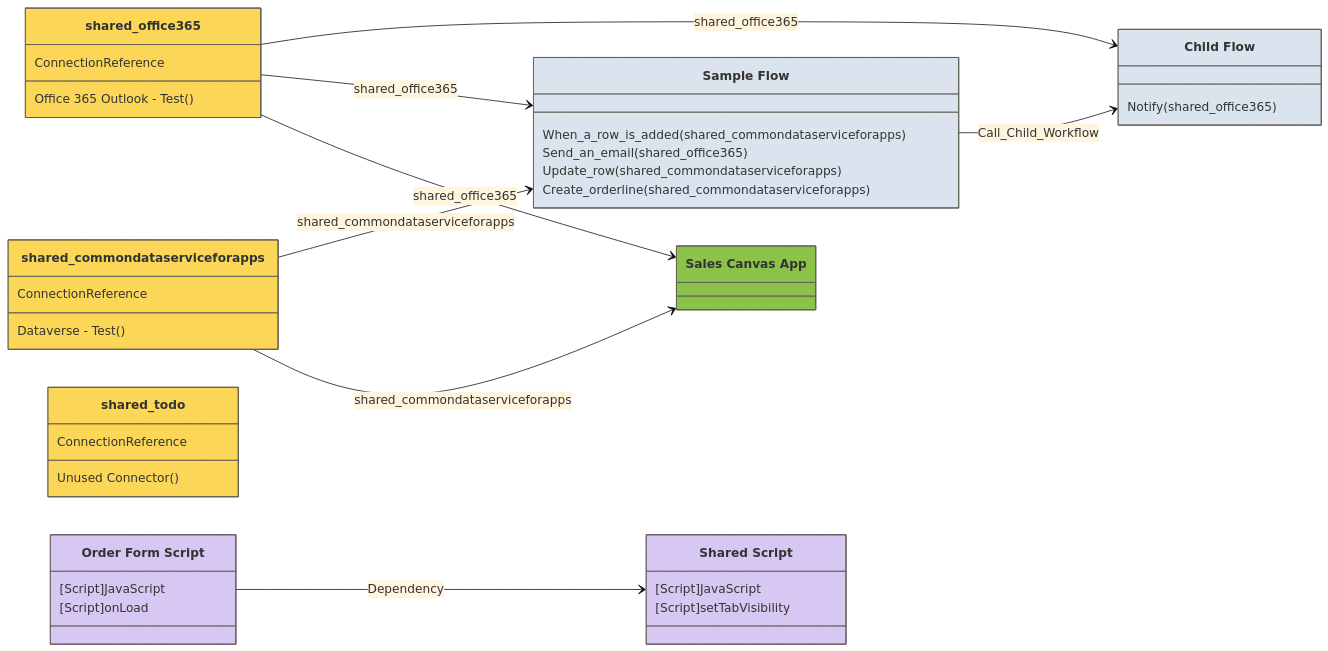
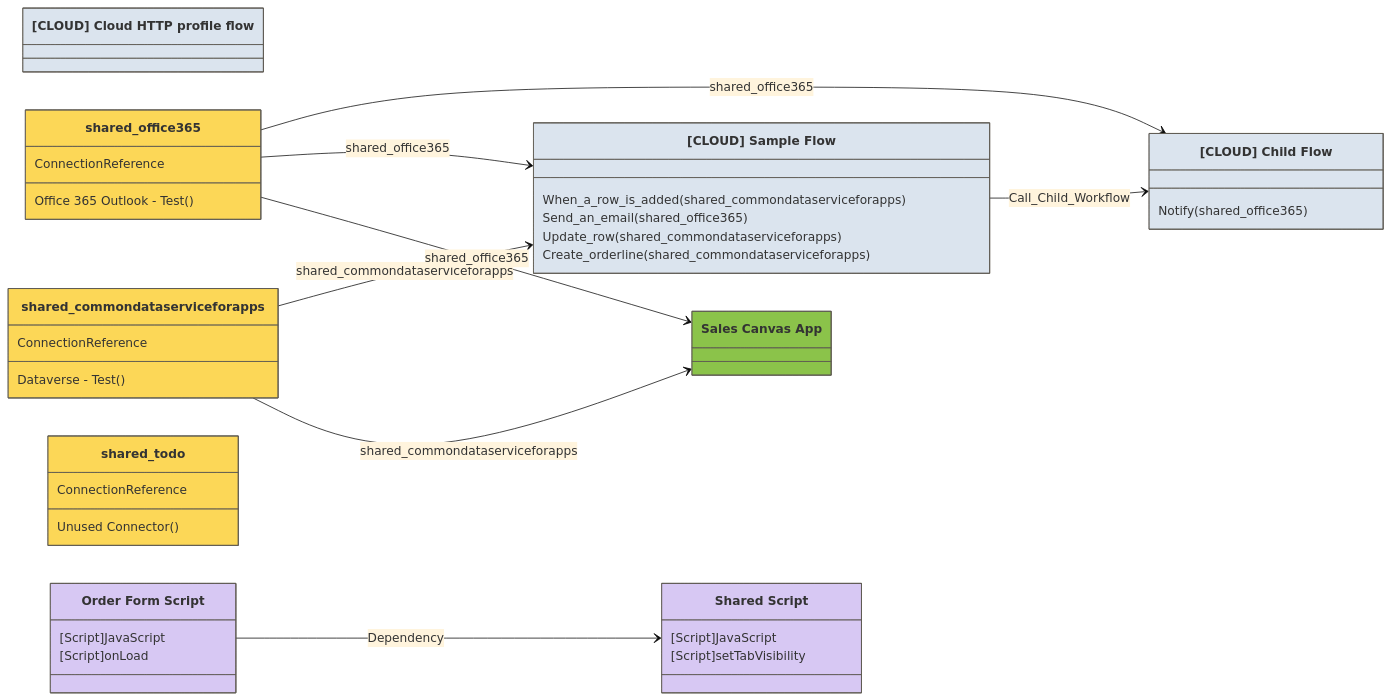
The diagram in tests/fixtures/expected/ArchitectureDiagram.Full.FlowsCanvasConnectionsWebResources.expected.md (autosysops/PowerShell_PowerPlatformChecker), drawn with Mermaid (base theme) before and after one commit. The commit also changed 203 other files, not shown here.

Commit message:
wip external connections and desktop flows

```diff
--- a/tests/fixtures/expected/ArchitectureDiagram.Full.FlowsCanvasConnectionsWebResources.expected.md
+++ b/tests/fixtures/expected/ArchitectureDiagram.Full.FlowsCanvasConnectionsWebResources.expected.md
@@ -1,46 +1,47 @@
 :::mermaid
 classDiagram
 direction LR
-class flow22222222-2222-2222-2222-222222222222["Child Flow"]:::Flow {
+class flow22222222-2222-2222-2222-222222222222["[CLOUD] Child Flow"]:::Flow {
     Notify(shared_office365)
 }
-class flow11111111-1111-1111-1111-111111111111["Sample Flow"]:::Flow {
+class flow23232323-2323-2323-2323-232323232323["[CLOUD] Cloud HTTP profile flow"]:::Flow
+class flow11111111-1111-1111-1111-111111111111["[CLOUD] Sample Flow"]:::Flow {
     When_a_row_is_added(shared_commondataserviceforapps)
     Send_an_email(shared_office365)
     Update_row(shared_commondataserviceforapps)
     Create_orderline(shared_commondataserviceforapps)
 }
 class ppc_canvas_sales_0001["Sales Canvas App"]:::CanvasApp
 class shared_commondataserviceforapps:::Connection {
   ConnectionReference
   Dataverse - Test()
 }
 class shared_office365:::Connection {
   ConnectionReference
   Office 365 Outlook - Test()
 }
 class shared_todo:::Connection {
   ConnectionReference
   Unused Connector()
 }
 class ppc_script_OrderForm_js["Order Form Script"]:::WebResource {
   [Script]JavaScript
   [Script]onLoad
 }
 class ppc_script_Shared_js["Shared Script"]:::WebResource {
   [Script]JavaScript
   [Script]setTabVisibility
 }
 shared_office365 --> flow22222222-2222-2222-2222-222222222222:shared_office365
 shared_commondataserviceforapps --> flow11111111-1111-1111-1111-111111111111:shared_commondataserviceforapps
 flow11111111-1111-1111-1111-111111111111 --> flow22222222-2222-2222-2222-222222222222:Call_Child_Workflow
 shared_office365 --> flow11111111-1111-1111-1111-111111111111:shared_office365
 shared_commondataserviceforapps --> ppc_canvas_sales_0001:shared_commondataserviceforapps
 shared_office365 --> ppc_canvas_sales_0001:shared_office365
 ppc_script_OrderForm_js --> ppc_script_Shared_js:Dependency
 classDef default fill:red,stroke:#5E5B52
 classDef Connection fill:#FCD757,stroke:#5E5B52
 classDef Flow fill:#DBE4EE,stroke:#5E5B52
 classDef CanvasApp fill:#8BC34A,stroke:#5E5B52
 classDef WebResource fill:#D7C8F3,stroke:#5E5B52
 :::
```
